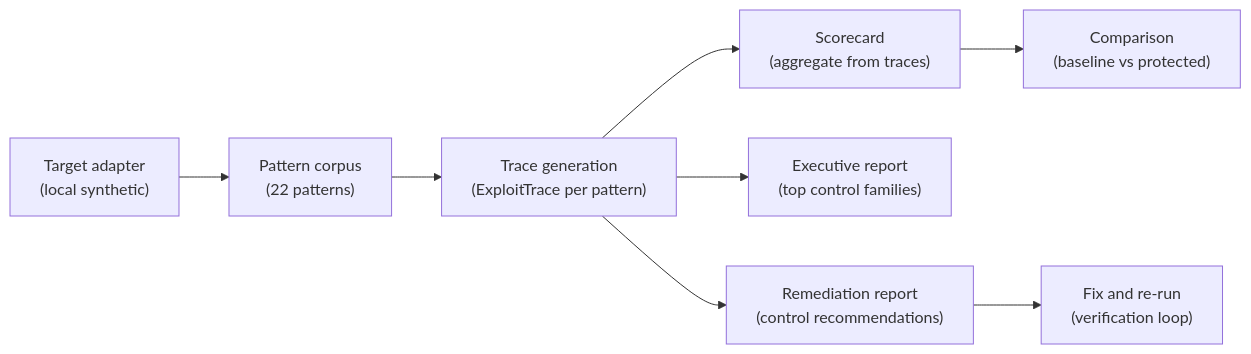
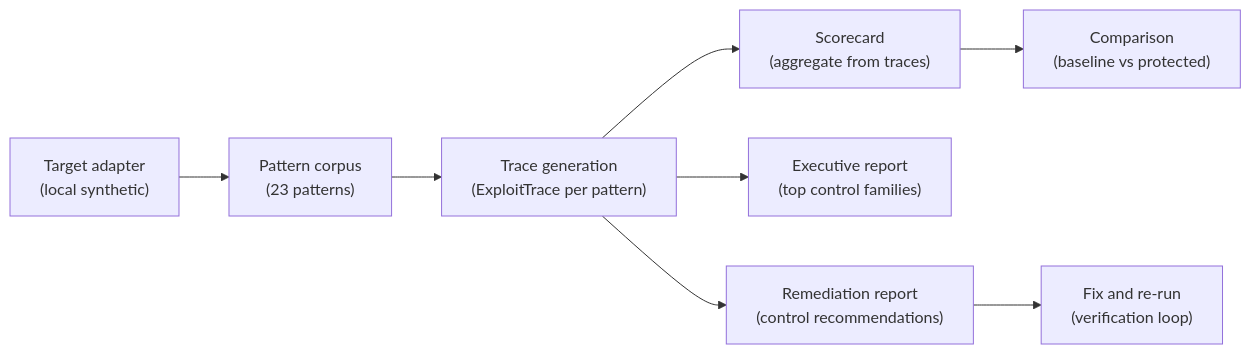
Before and after one commit to krivonosoff161/agentic-security-harness: the first of 4 diagrams in docs/reporting-flow.md, drawn with Mermaid. The commit also changed other lines of this file and 109 other files, not shown here.

````diff
--- a/docs/reporting-flow.md
+++ b/docs/reporting-flow.md
@@ -8,10 +8,10 @@
 ```mermaid
 flowchart LR
-    A["Target adapter\n(local synthetic)"] --> B["Pattern corpus\n(22 patterns)"]
+    A["Target adapter\n(local synthetic)"] --> B["Pattern corpus\n(23 patterns)"]
     B --> C["Trace generation\n(ExploitTrace per pattern)"]
     C --> D["Scorecard\n(aggregate from traces)"]
     C --> E["Executive report\n(top control families)"]
     C --> F["Remediation report\n(control recommendations)"]
     D --> G["Comparison\n(baseline vs protected)"]
     F --> H["Fix and re-run\n(verification loop)"]
 ```
````
